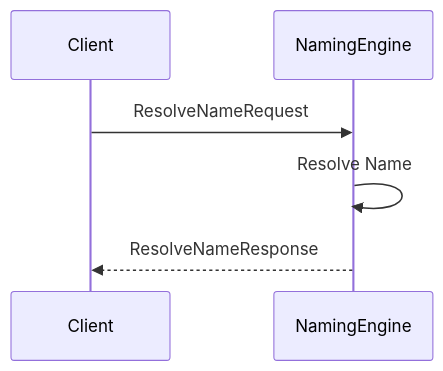
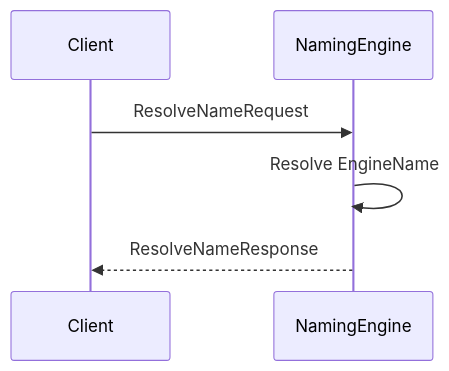
One commit to anoma/nspec changed the diagram in docs/node_architecture/engines/naming_overview.juvix.md. Above: the diagram before and after it, drawn with Mermaid. The commit also changed other lines of this file and 31 other files, not shown here.

````diff
--- a/docs/node_architecture/engines/naming_overview.juvix.md
+++ b/docs/node_architecture/engines/naming_overview.juvix.md
@@ -153,9 +154,9 @@
 ```mermaid
 sequenceDiagram
     participant Client
     participant NamingEngine
 
     Client ->> NamingEngine: ResolveNameRequest
-    NamingEngine ->> NamingEngine: Resolve Name
+    NamingEngine ->> NamingEngine: Resolve EngineName
     NamingEngine -->> Client: ResolveNameResponse
 ```
````
